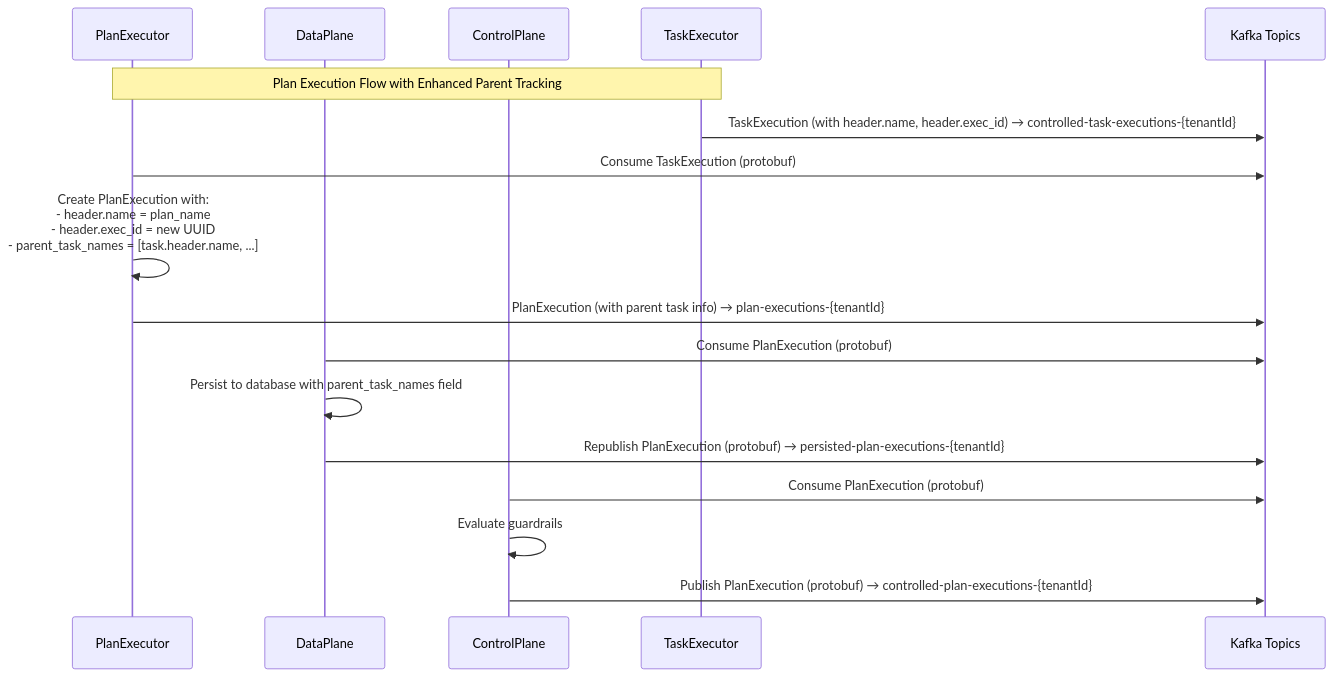
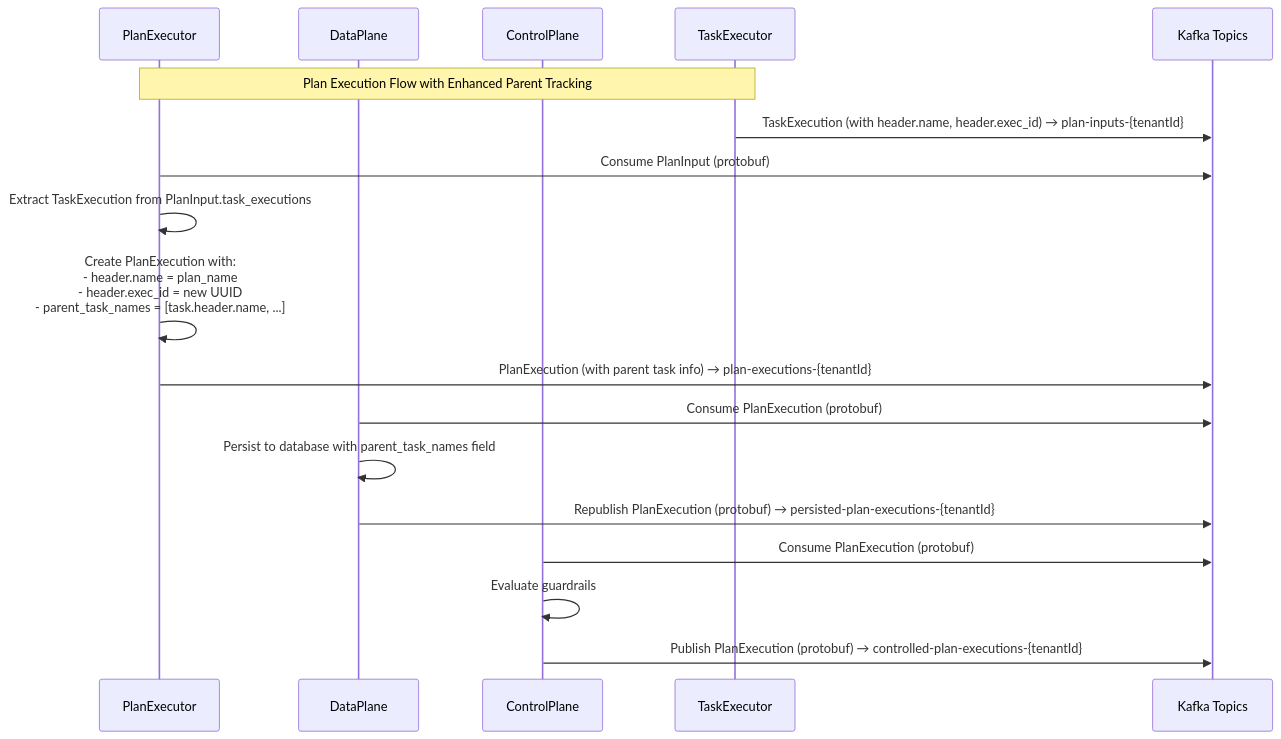
Before and after one commit to paul-callahan/scalable-agent-framework: the third of 3 diagrams in docs/DataFlow.md, drawn with Mermaid. The commit also changed other lines of this file and 19 other files, not shown here.

Commit message:
Rename topics and methods called `controlled-task-executions` to `plan-inputs`

````diff
--- a/docs/DataFlow.md
+++ b/docs/DataFlow.md
@@ -94,21 +95,22 @@
 ```mermaid
 sequenceDiagram
     participant PE as PlanExecutor
     participant DP as DataPlane
     participant CP as ControlPlane
     participant TE as TaskExecutor
     participant K as Kafka Topics
 
     Note over PE,TE: Plan Execution Flow with Enhanced Parent Tracking
 
-    TE->>K: TaskExecution (with header.name, header.exec_id) → controlled-task-executions-{tenantId}
-    PE->>K: Consume TaskExecution (protobuf)
+    TE->>K: TaskExecution (with header.name, header.exec_id) → plan-inputs-{tenantId}
+    PE->>K: Consume PlanInput (protobuf)
+    PE->>PE: Extract TaskExecution from PlanInput.task_executions
     PE->>PE: Create PlanExecution with:<br/>- header.name = plan_name<br/>- header.exec_id = new UUID<br/>- parent_task_names = [task.header.name, ...]
     PE->>K: PlanExecution (with parent task info) → plan-executions-{tenantId}
     DP->>K: Consume PlanExecution (protobuf)
     DP->>DP: Persist to database with parent_task_names field
     DP->>K: Republish PlanExecution (protobuf) → persisted-plan-executions-{tenantId}
     CP->>K: Consume PlanExecution (protobuf)
     CP->>CP: Evaluate guardrails
     CP->>K: Publish PlanExecution (protobuf) → controlled-plan-executions-{tenantId}
 ```
````
